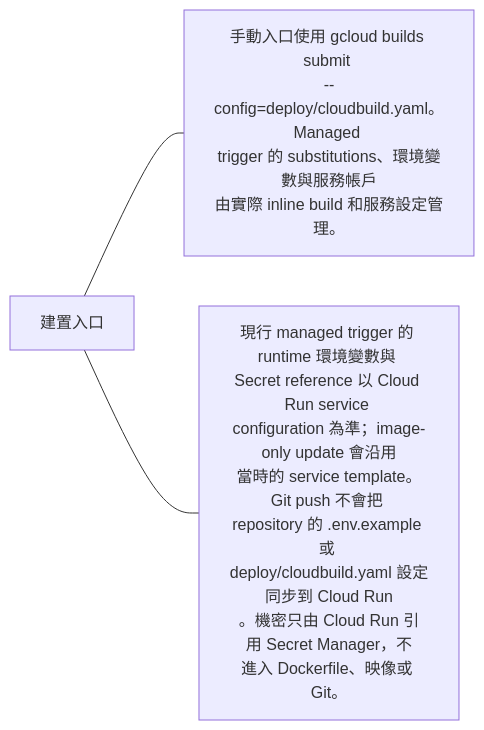
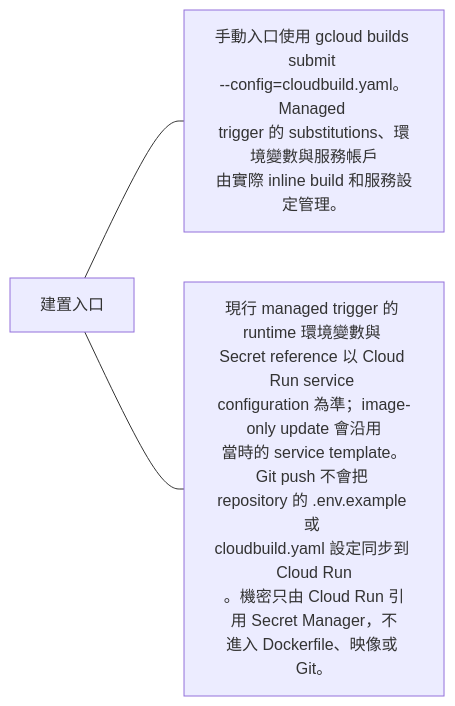
The fourth of 19 diagrams in docs/operations/cloud-run.md (963sup/line-mini-app-bot), drawn with Mermaid before and after one commit. The commit also changed other lines of this file and 22 other files, not shown here.

````diff
--- a/docs/operations/cloud-run.md
+++ b/docs/operations/cloud-run.md
@@ -43,6 +49,6 @@
 ```mermaid
 flowchart LR
   h["建置入口"]
-  h --- n0["手動入口使用 gcloud builds submit <br/>--config=deploy/cloudbuild.yaml。Managed <br/>trigger 的 substitutions、環境變數與服務帳戶<br/>由實際 inline build 和服務設定管理。"]
-  h --- n1["現行 managed trigger 的 runtime 環境變數與 <br/>Secret reference 以 Cloud Run service <br/>configuration 為準；image-only update 會沿用<br/>當時的 service template。Git push 不會把 <br/>repository 的 .env.example 或 <br/>deploy/cloudbuild.yaml 設定同步到 Cloud Run<br/>。機密只由 Cloud Run 引用 Secret Manager，不<br/>進入 Dockerfile、映像或 Git。"]
+  h --- n0["手動入口使用 gcloud builds submit <br/>--config=cloudbuild.yaml。Managed <br/>trigger 的 substitutions、環境變數與服務帳戶<br/>由實際 inline build 和服務設定管理。"]
+  h --- n1["現行 managed trigger 的 runtime 環境變數與 <br/>Secret reference 以 Cloud Run service <br/>configuration 為準；image-only update 會沿用<br/>當時的 service template。Git push 不會把 <br/>repository 的 .env.example 或 <br/>cloudbuild.yaml 設定同步到 Cloud Run<br/>。機密只由 Cloud Run 引用 Secret Manager，不<br/>進入 Dockerfile、映像或 Git。"]
 ```
````
